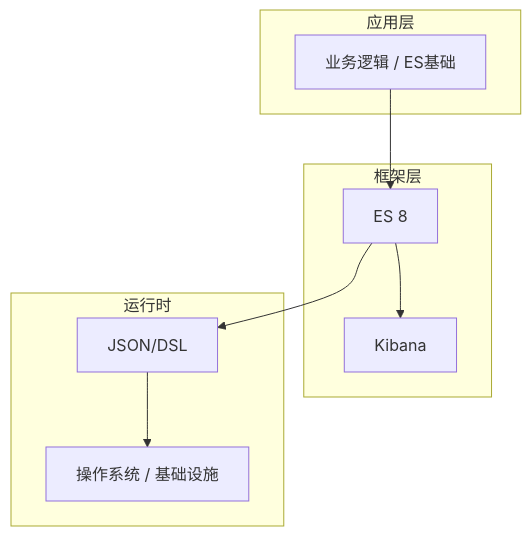
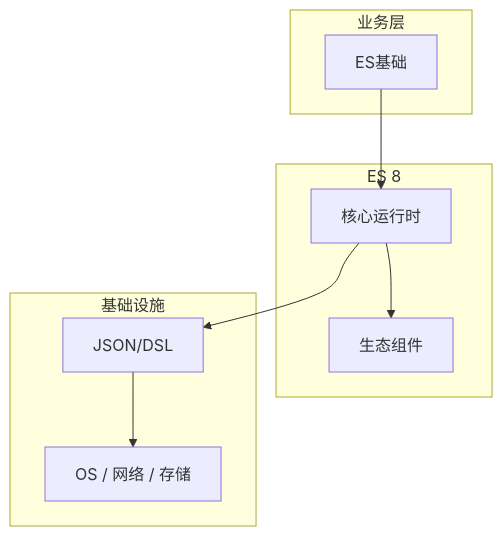
One commit to yanggan2015/knowledge-json-v2 changed the diagram in articles/Elasticsearch/chapters/001-ES基础核心概念与原理.md. Above: the diagram before and after it, drawn with Mermaid. The commit also changed other lines of this file and 10127 other files, not shown here.

````diff
--- a/articles/Elasticsearch/chapters/001-ES基础核心概念与原理.md
+++ b/articles/Elasticsearch/chapters/001-ES基础核心概念与原理.md
@@ -45,18 +34,18 @@
 ```mermaid
 graph TB
-    subgraph 应用层
-        A[业务逻辑 / ES基础]
+    subgraph 业务层
+        A[ES基础]
     end
-    subgraph 框架层
-        B[ES 8]
-        C[Kibana]
+    subgraph ES 8
+        B[核心运行时]
+        C[生态组件]
     end
-    subgraph 运行时
+    subgraph 基础设施
         D[JSON/DSL]
-        E[操作系统 / 基础设施]
+        E[OS / 网络 / 存储]
     end
     A --> B
     B --> C
     B --> D
     D --> E
 ```
````
